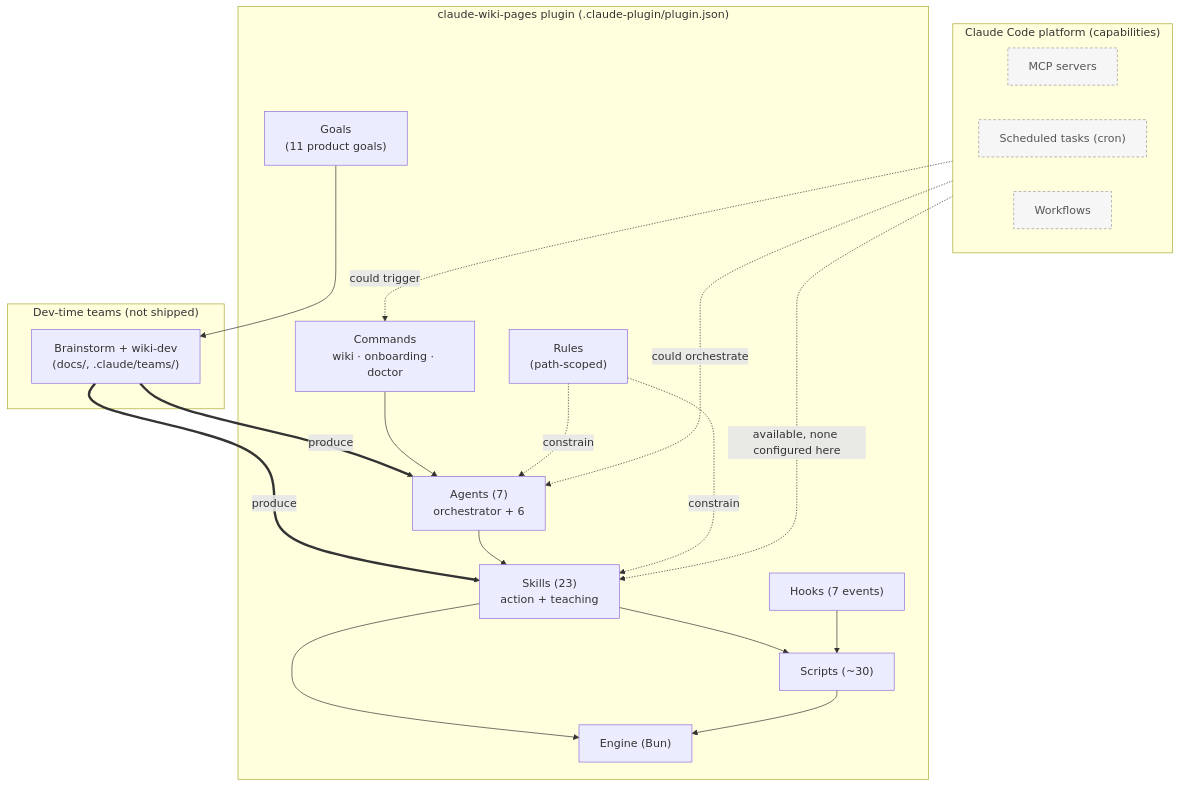
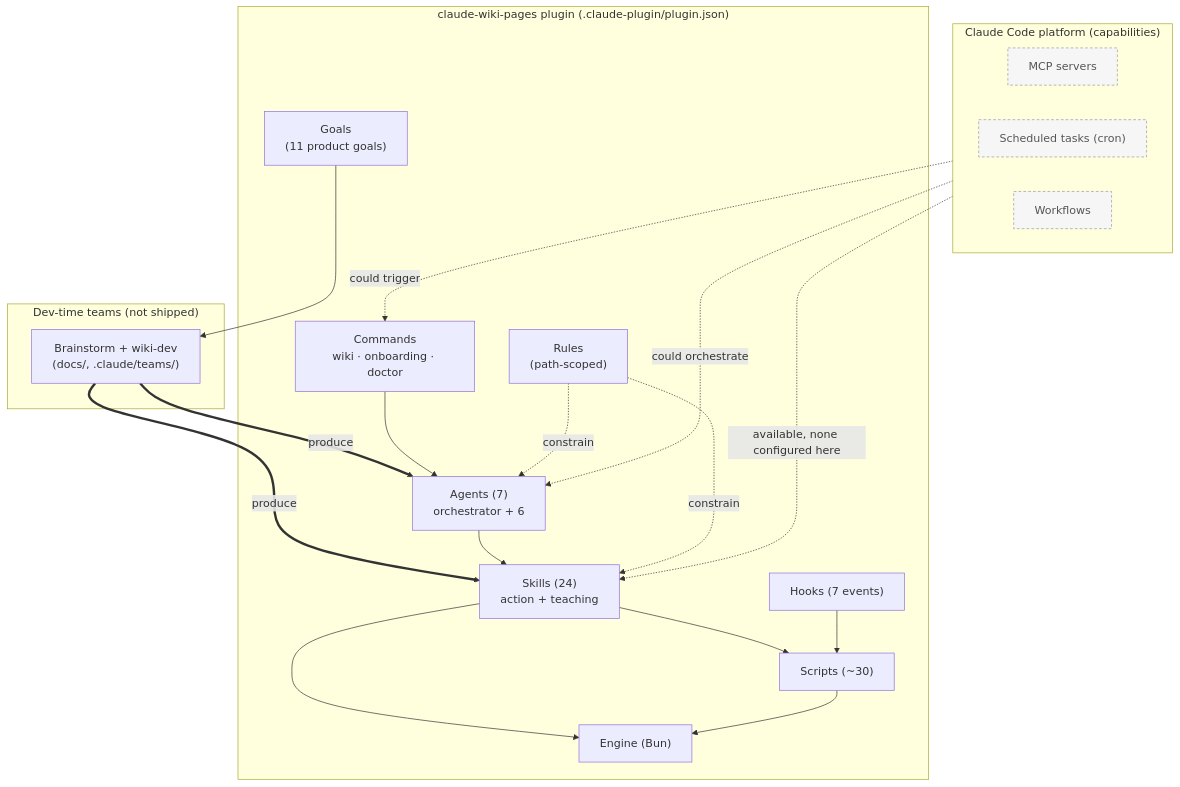
Before and after one commit to odere-pro/claude-wiki-pages-plugin: the diagram in docs/design/06-feature-relations.md, drawn with Mermaid. The commit also changed other lines of this file and 8 other files, not shown here.

````diff
--- a/docs/design/06-feature-relations.md
+++ b/docs/design/06-feature-relations.md
@@ -11,43 +11,43 @@
 ```mermaid
 graph TB
     subgraph platform["Claude Code platform (capabilities)"]
         direction LR
         mcp["MCP servers"]
         cron["Scheduled tasks (cron)"]
         wf["Workflows"]
     end
 
     subgraph plugin["claude-wiki-pages plugin (.claude-plugin/plugin.json)"]
         goals["Goals<br/>(11 product goals)"]
         cmds["Commands<br/>wiki · onboarding · doctor"]
         agents["Agents (7)<br/>orchestrator + 6"]
-        skills["Skills (23)<br/>action + teaching"]
+        skills["Skills (24)<br/>action + teaching"]
         hooks["Hooks (7 events)"]
         scripts["Scripts (~30)"]
         rules["Rules<br/>(path-scoped)"]
         engine["Engine (Bun)"]
     end
 
     subgraph dev["Dev-time teams (not shipped)"]
         teams["Brainstorm + wiki-dev<br/>(docs/, .claude/teams/)"]
     end
 
     goals --> teams
     teams ==>|produce| agents
     teams ==>|produce| skills
     cmds --> agents
     agents --> skills
     skills --> engine
     skills --> scripts
     hooks --> scripts
     rules -. constrain .-> agents
     rules -. constrain .-> skills
     scripts --> engine
 
     cron -. could trigger .-> cmds
     wf -. could orchestrate .-> agents
     mcp -. available, none configured here .-> skills
 
     classDef avail stroke-dasharray: 4 3,fill:#f6f6f6,stroke:#999,color:#555;
     class mcp,cron,wf avail;
 ```
````
